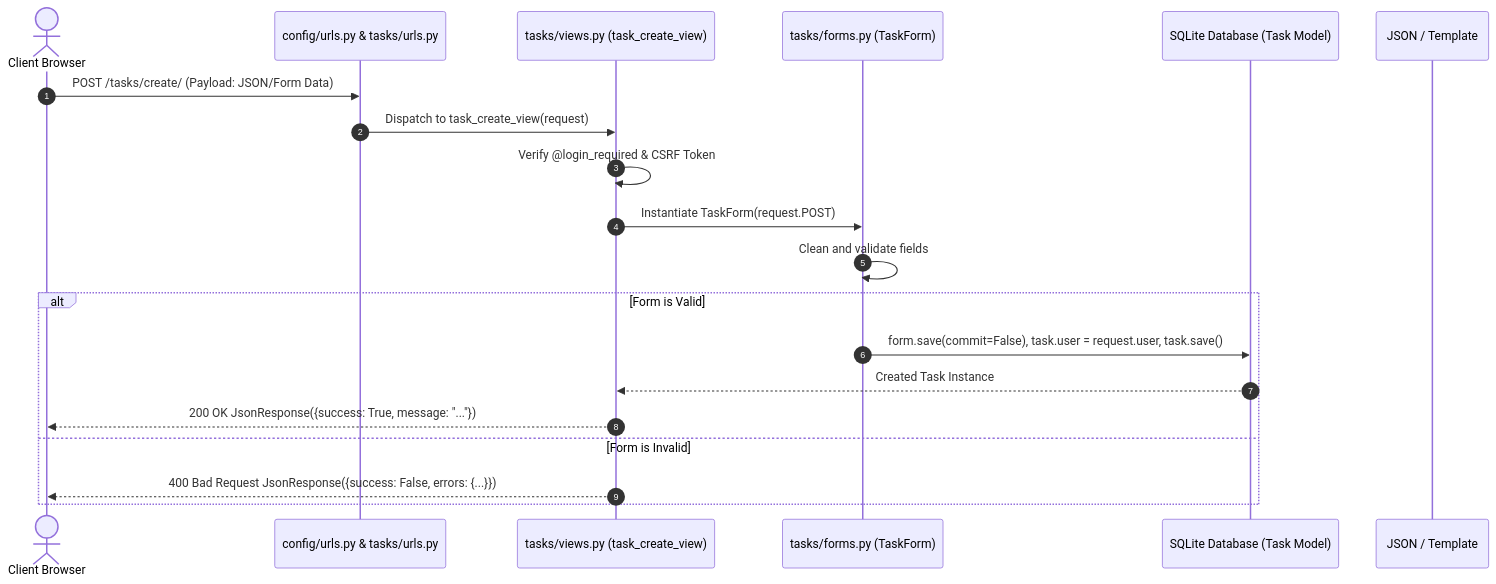
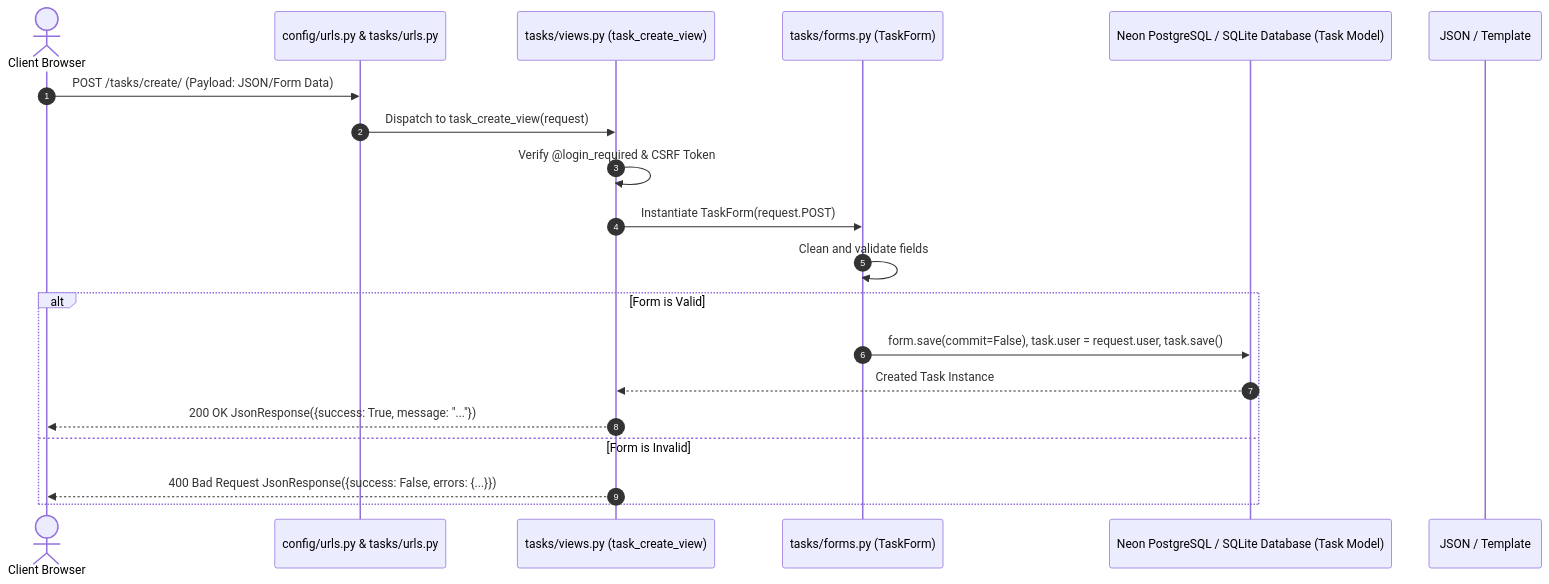
The first of 4 diagrams in TECHNICAL_DOCUMENTATION.md (Akhilesh-4753/TaskFlow), drawn with Mermaid before and after one commit. The commit also changed other lines of this file and 3 other files, not shown here.

First line of the commit message:
docs: update project documentation for Neon PostgreSQL integration

````diff
--- a/TECHNICAL_DOCUMENTATION.md
+++ b/TECHNICAL_DOCUMENTATION.md
@@ -432,23 +432,23 @@
 ```mermaid
 sequenceDiagram
     autonumber
     actor User as Client Browser
     participant URL as config/urls.py & tasks/urls.py
     participant View as tasks/views.py (task_create_view)
     participant Form as tasks/forms.py (TaskForm)
-    participant DB as SQLite Database (Task Model)
+    participant DB as Neon PostgreSQL / SQLite Database (Task Model)
     participant Response as JSON / Template
 
     User->>URL: POST /tasks/create/ (Payload: JSON/Form Data)
     URL->>View: Dispatch to task_create_view(request)
     View->>View: Verify @login_required & CSRF Token
     View->>Form: Instantiate TaskForm(request.POST)
     Form->>Form: Clean and validate fields
     alt Form is Valid
         Form->>DB: form.save(commit=False), task.user = request.user, task.save()
         DB-->>View: Created Task Instance
         View-->>User: 200 OK JsonResponse({success: True, message: "..."})
     else Form is Invalid
         View-->>User: 400 Bad Request JsonResponse({success: False, errors: {...}})
     end
 ```
````
